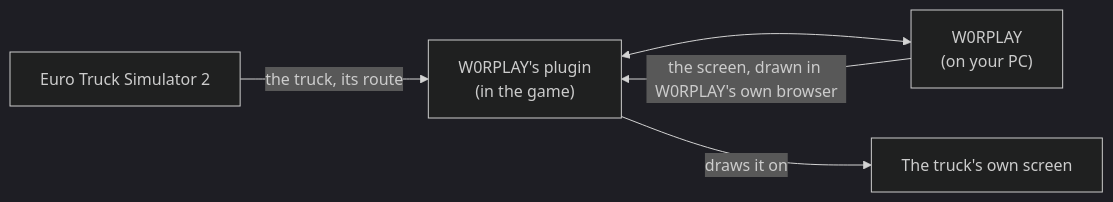
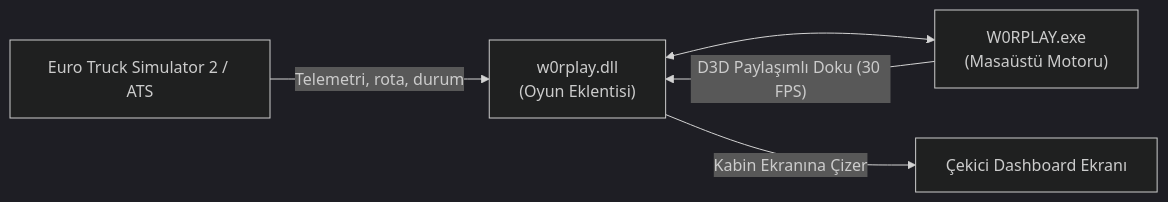
Before and after one commit to w0rpsi/w0rplay: the diagram in README.md, drawn with Mermaid (dark theme). The commit also changed other lines of this file and 3 other files, not shown here.

````diff
--- a/README.md
+++ b/README.md
@@ -86,7 +70,7 @@
 ```mermaid
 flowchart LR
-  game["Euro Truck Simulator 2"] -- "the truck, its route" --> plugin["W0RPLAY's plugin<br/>(in the game)"]
-  plugin <--> app["W0RPLAY<br/>(on your PC)"]
-  app -- "the screen, drawn in W0RPLAY's own browser" --> plugin
-  plugin -- "draws it on" --> screen["The truck's own screen"]
+  game["Euro Truck Simulator 2 / ATS"] -- "Telemetri, rota, durum" --> plugin["w0rplay.dll<br/>(Oyun Eklentisi)"]
+  plugin <--> app["W0RPLAY.exe<br/>(Masaüstü Motoru)"]
+  app -- "D3D Paylaşımlı Doku (30 FPS)" --> plugin
+  plugin -- "Kabin Ekranına Çizer" --> screen["Çekici Dashboard Ekranı"]
 ```
````
